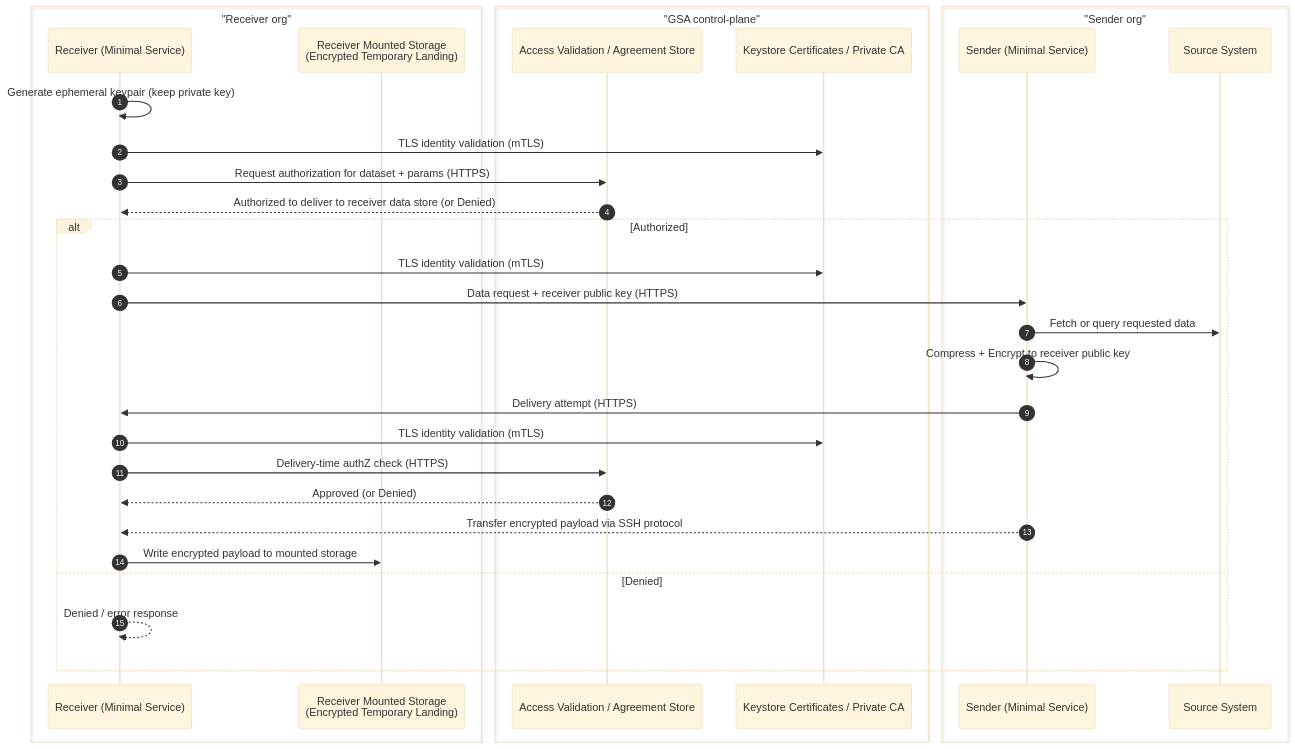
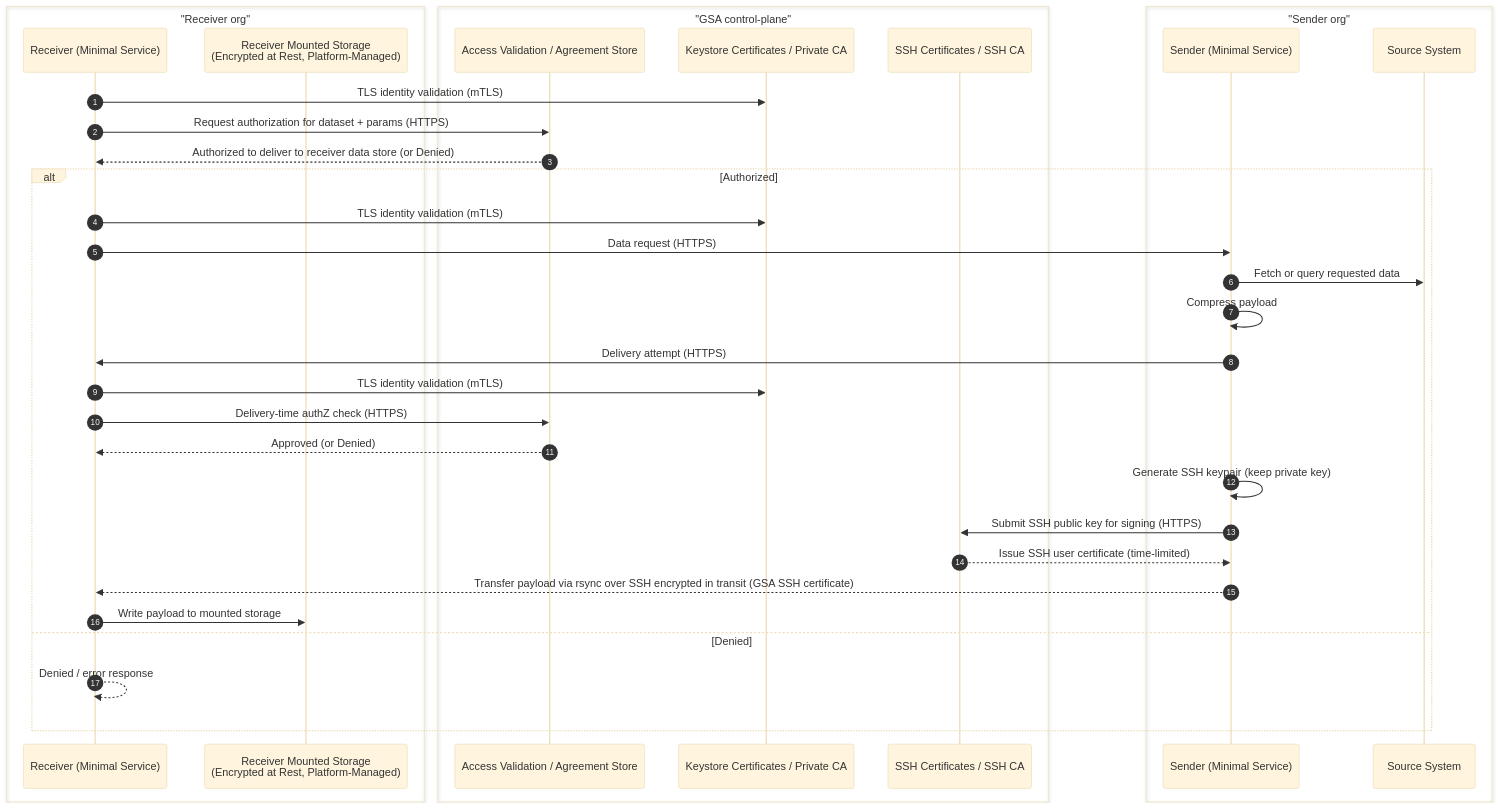
One commit to GSA-TTS/TTSE-Redwood changed the seventh of 8 diagrams in docs/adr/0001-fde-architecture-diagrams-v003.md. Above: the diagram before and after it, drawn with Mermaid (base theme). The commit also changed other lines of this file and 1 other file, not shown here.

First line of the commit message:
refactor: replace ephemeral key encryption with SSH CA certs and platform-managed encryption at rest

````diff
--- a/docs/adr/0001-fde-architecture-diagrams-v003.md
+++ b/docs/adr/0001-fde-architecture-diagrams-v003.md
@@ -233,36 +282,41 @@
 ```mermaid
 sequenceDiagram
-  autonumber
-  box "Receiver org"
-    participant R as Receiver (Minimal Service)
-    participant RMS as Receiver Mounted Storage<br/>(Encrypted Temporary Landing)
-  end
-  box "GSA control-plane"
-    participant AV as Access Validation / Agreement Store
-    participant CA as Keystore Certificates / Private CA
-  end
-  box "Sender org"
-    participant S as Sender (Minimal Service)
-    participant SRC as Source System
-  end
+ autonumber
+ box "Receiver org"
+   participant R as Receiver (Minimal Service)
+   participant RMS as Receiver Mounted Storage<br/>(Encrypted at Rest, Platform-Managed)
+ end
+ box "GSA control-plane"
+   participant AV as Access Validation / Agreement Store
+   participant CA as Keystore Certificates / Private CA
+   participant SCA as SSH Certificates / SSH CA
+ end
+ box "Sender org"
+   participant S as Sender (Minimal Service)
+   participant SRC as Source System
+ end
 
-  R->>R: Generate ephemeral keypair (keep private key)
-  R->>CA: TLS identity validation (mTLS)
-  R->>AV: Request authorization for dataset + params (HTTPS)
-  AV-->>R: Authorized to deliver to receiver data store (or Denied)
 
-  alt Authorized
-    R->>CA: TLS identity validation (mTLS)
-    R->>S: Data request + receiver public key (HTTPS)
-    S->>SRC: Fetch or query requested data
-    S->>S: Compress + Encrypt to receiver public key
-    S->>R: Delivery attempt (HTTPS)
-    R->>CA: TLS identity validation (mTLS)
-    R->>AV: Delivery-time authZ check (HTTPS)
-    AV-->>R: Approved (or Denied)
-    S-->>R: Transfer encrypted payload via SSH protocol
-    R->>RMS: Write encrypted payload to mounted storage
-  else Denied
-    R-->>R: Denied / error response
-  end
+ R->>CA: TLS identity validation (mTLS)
+ R->>AV: Request authorization for dataset + params (HTTPS)
+ AV-->>R: Authorized to deliver to receiver data store (or Denied)
+
+
+ alt Authorized
+   R->>CA: TLS identity validation (mTLS)
+   R->>S: Data request (HTTPS)
+   S->>SRC: Fetch or query requested data
+   S->>S: Compress payload
+   S->>R: Delivery attempt (HTTPS)
+   R->>CA: TLS identity validation (mTLS)
+   R->>AV: Delivery-time authZ check (HTTPS)
+   AV-->>R: Approved (or Denied)
+   S->>S: Generate SSH keypair (keep private key)
+   S->>SCA: Submit SSH public key for signing (HTTPS)
+   SCA-->>S: Issue SSH user certificate (time-limited)
+   S-->>R: Transfer payload via rsync over SSH encrypted in transit (GSA SSH certificate)
+   R->>RMS: Write payload to mounted storage
+ else Denied
+   R-->>R: Denied / error response
+ end
 ```
````
